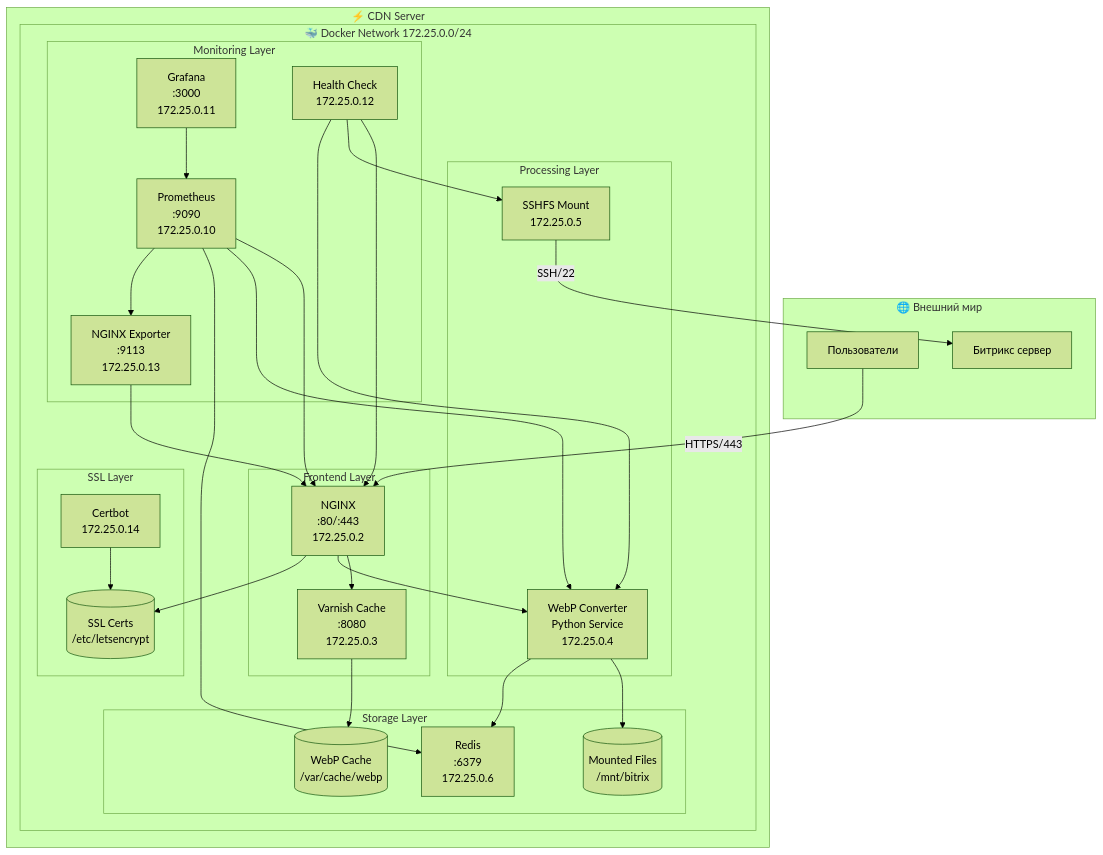
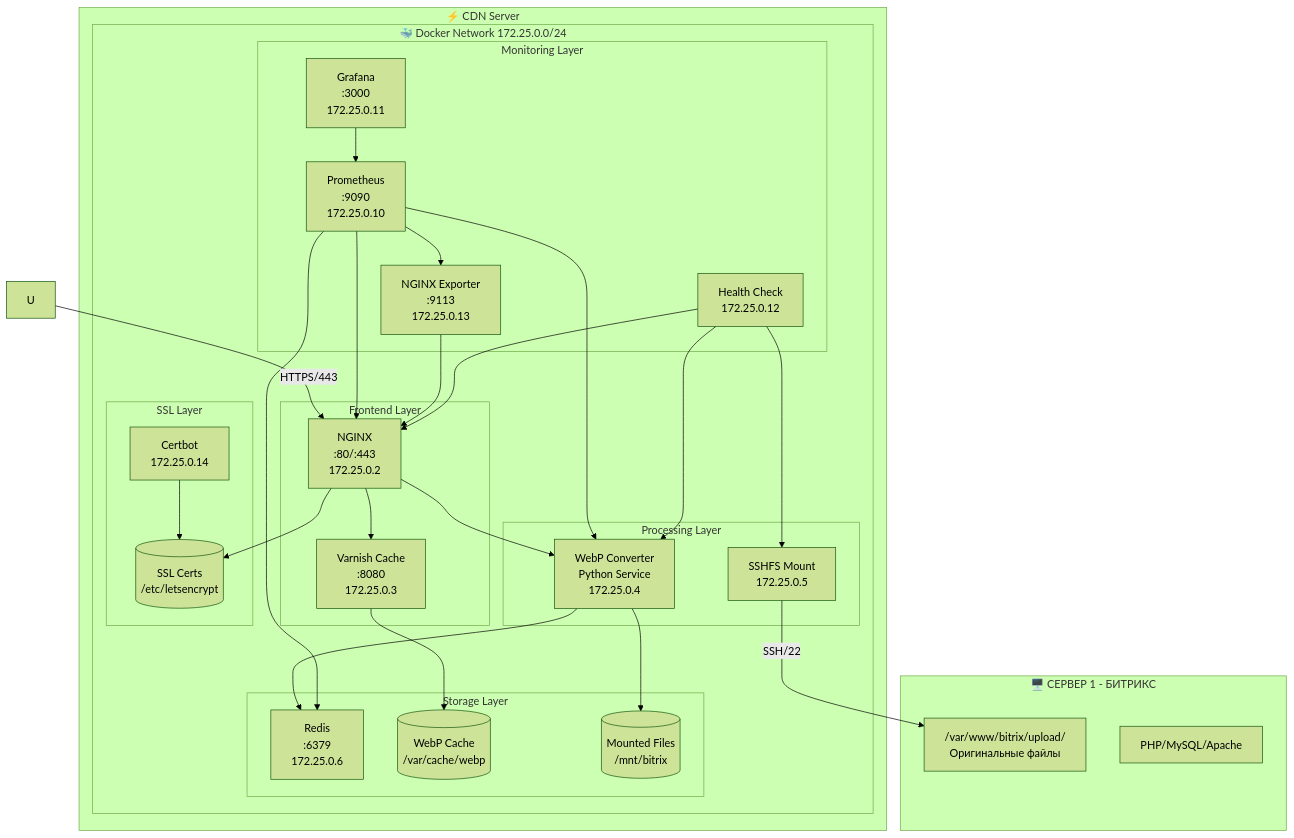
The diagram in docs/ARCHITECTURE.md (AAChibilyaev/bitrix-cdn-server), drawn with Mermaid (forest theme) before and after one commit. The commit also changed other lines of this file and 20 other files, not shown here.

````diff
--- a/docs/ARCHITECTURE.md
+++ b/docs/ARCHITECTURE.md
@@ -5,59 +19,59 @@
 ```mermaid
 graph TB
-    subgraph "🌐 Внешний мир"
-        U[Пользователи]
-        B[Битрикс сервер]
+    subgraph "🖥️ СЕРВЕР 1 - БИТРИКС"
+        B["/var/www/bitrix/upload/<br/>Оригинальные файлы"]
+        PHP[PHP/MySQL/Apache]
     end
     
     subgraph "⚡ CDN Server"
         subgraph "🐳 Docker Network 172.25.0.0/24"
             subgraph "Frontend Layer"
                 NG[NGINX<br/>:80/:443<br/>172.25.0.2]
                 VN[Varnish Cache<br/>:8080<br/>172.25.0.3]
             end
             
             subgraph "Processing Layer"
                 WC[WebP Converter<br/>Python Service<br/>172.25.0.4]
                 SF[SSHFS Mount<br/>172.25.0.5]
             end
             
             subgraph "Storage Layer"
                 RD[Redis<br/>:6379<br/>172.25.0.6]
                 CACHE[(WebP Cache<br/>/var/cache/webp)]
                 MOUNT[(Mounted Files<br/>/mnt/bitrix)]
             end
             
             subgraph "Monitoring Layer"
                 PR[Prometheus<br/>:9090<br/>172.25.0.10]
                 GR[Grafana<br/>:3000<br/>172.25.0.11]
                 HC[Health Check<br/>172.25.0.12]
                 NE[NGINX Exporter<br/>:9113<br/>172.25.0.13]
             end
             
             subgraph "SSL Layer"
                 CB[Certbot<br/>172.25.0.14]
                 SSL[(SSL Certs<br/>/etc/letsencrypt)]
             end
         end
     end
     
     U -->|HTTPS/443| NG
     NG --> VN
     VN --> CACHE
     NG --> WC
     WC --> MOUNT
     SF -->|SSH/22| B
     WC --> RD
     CB --> SSL
     NG --> SSL
     
     PR --> NG
     PR --> WC
     PR --> RD
     PR --> NE
     NE --> NG
     GR --> PR
     HC --> NG
     HC --> SF
     HC --> WC
 ```
````
